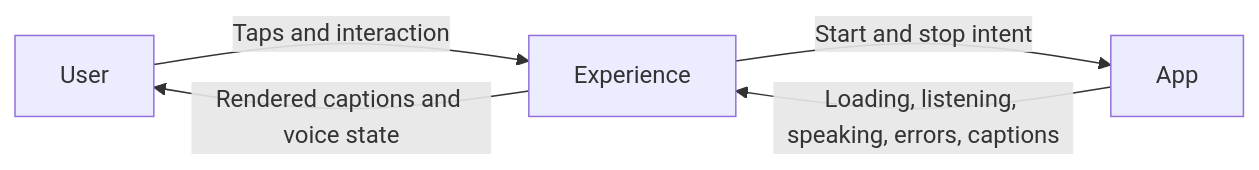
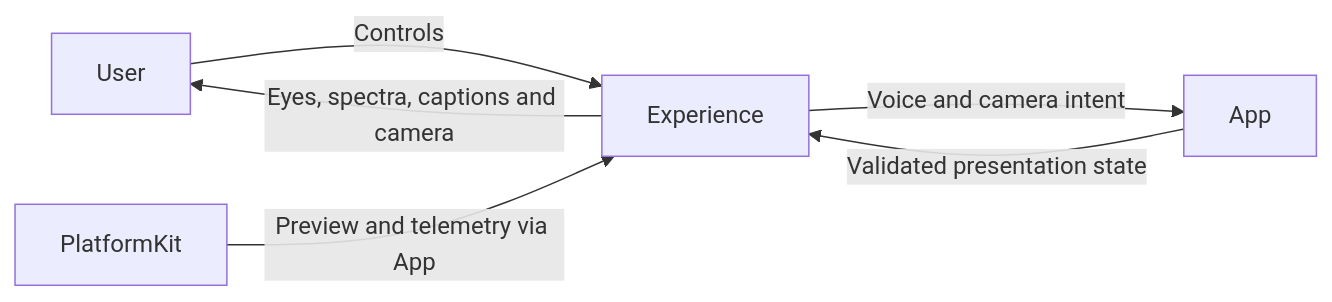
One commit to devilyouwei/MobileHarness changed the first of 2 diagrams in MobileHarness/Experience/README.md. Above: the diagram before and after it, drawn with Mermaid. The commit also changed other lines of this file and 53 other files, not shown here.

````diff
--- a/MobileHarness/Experience/README.md
+++ b/MobileHarness/Experience/README.md
@@ -9,7 +27,8 @@
 ```mermaid
 flowchart LR
-    User -->|Taps and interaction| Experience
-    Experience -->|Rendered captions and voice state| User
-    Experience -->|Start and stop intent| App
-    App -->|Loading, listening, speaking, errors, captions| Experience
+    User -->|Controls| Experience
+    Experience -->|Voice and camera intent| App
+    App -->|Validated presentation state| Experience
+    PlatformKit -->|Preview and telemetry via App| Experience
+    Experience -->|Eyes, spectra, captions and camera| User
 ```
````
